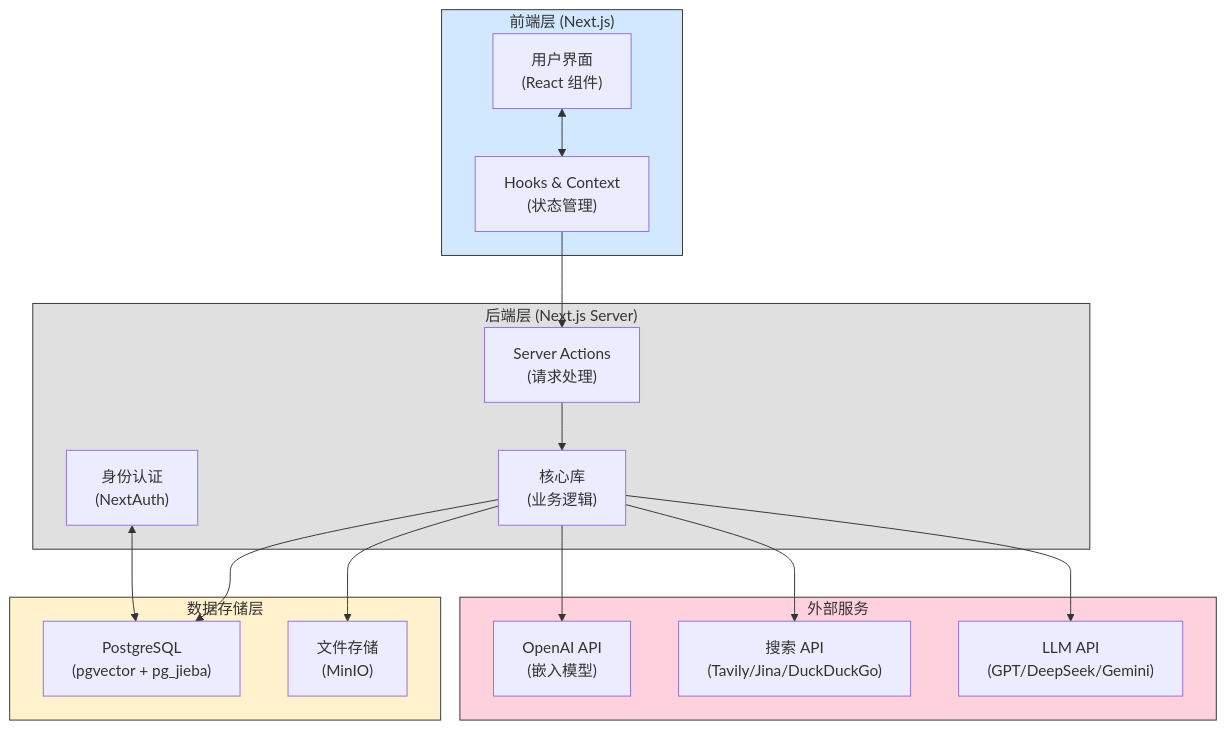
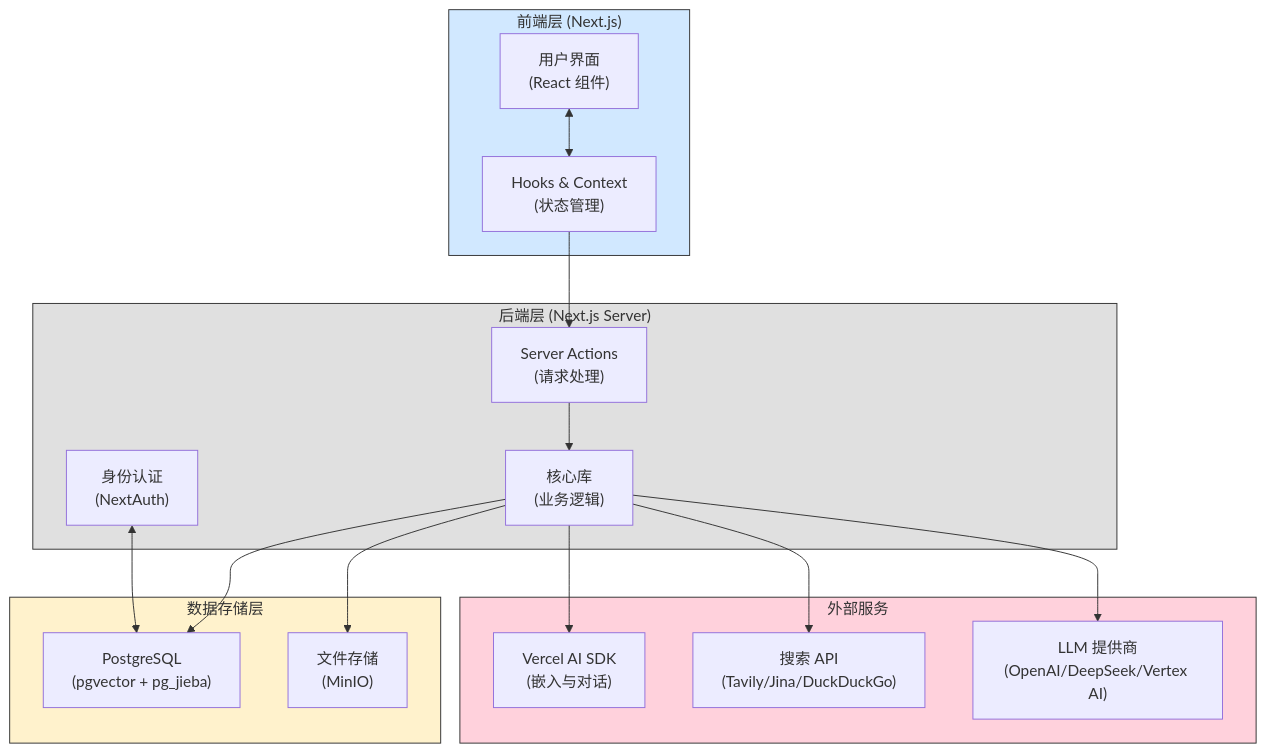
The diagram in README.zh-CN.md (hint-lab/deepmed-search), drawn with Mermaid before and after one commit. The commit also changed other lines of this file and 149 other files, not shown here.

````diff
--- a/README.zh-CN.md
+++ b/README.zh-CN.md
@@ -79,46 +80,46 @@
 ```mermaid
 graph TD
     subgraph Frontend["前端层 (Next.js)"]
         UI["用户界面<br/>(React 组件)"]
         Hooks["Hooks & Context<br/>(状态管理)"]
     end
 
     subgraph Backend["后端层 (Next.js Server)"]
         Actions["Server Actions<br/>(请求处理)"]
         Lib["核心库<br/>(业务逻辑)"]
         Auth["身份认证<br/>(NextAuth)"]
     end
 
     subgraph Storage["数据存储层"]
         PG["PostgreSQL<br/>(pgvector + pg_jieba)"]
         Files["文件存储<br/>(MinIO)"]
     end
 
     subgraph External["外部服务"]
-        OpenAI["OpenAI API<br/>(嵌入模型)"]
+        AISDK["Vercel AI SDK<br/>(嵌入与对话)"]
         SearchAPI["搜索 API<br/>(Tavily/Jina/DuckDuckGo)"]
-        LLMAPI["LLM API<br/>(GPT/DeepSeek/Gemini)"]
+        LLMProviders["LLM 提供商<br/>(OpenAI/DeepSeek/Vertex AI)"]
     end
 
     %% 连接关系
     UI <--> Hooks
     Hooks --> Actions
     Actions --> Lib
     Lib --> PG
     Lib --> Files
-    Lib --> OpenAI
+    Lib --> AISDK
     Lib --> SearchAPI
-    Lib --> LLMAPI
+    Lib --> LLMProviders
     Auth <--> PG
 
     %% 样式
     classDef frontend fill:#D1E8FF,stroke:#333
     classDef backend fill:#E0E0E0,stroke:#333
     classDef database fill:#FFF2CC,stroke:#333
     classDef external fill:#FFD1DC,stroke:#333
 
     class Frontend frontend
     class Backend backend
     class Storage database
     class External external
 ```
````
